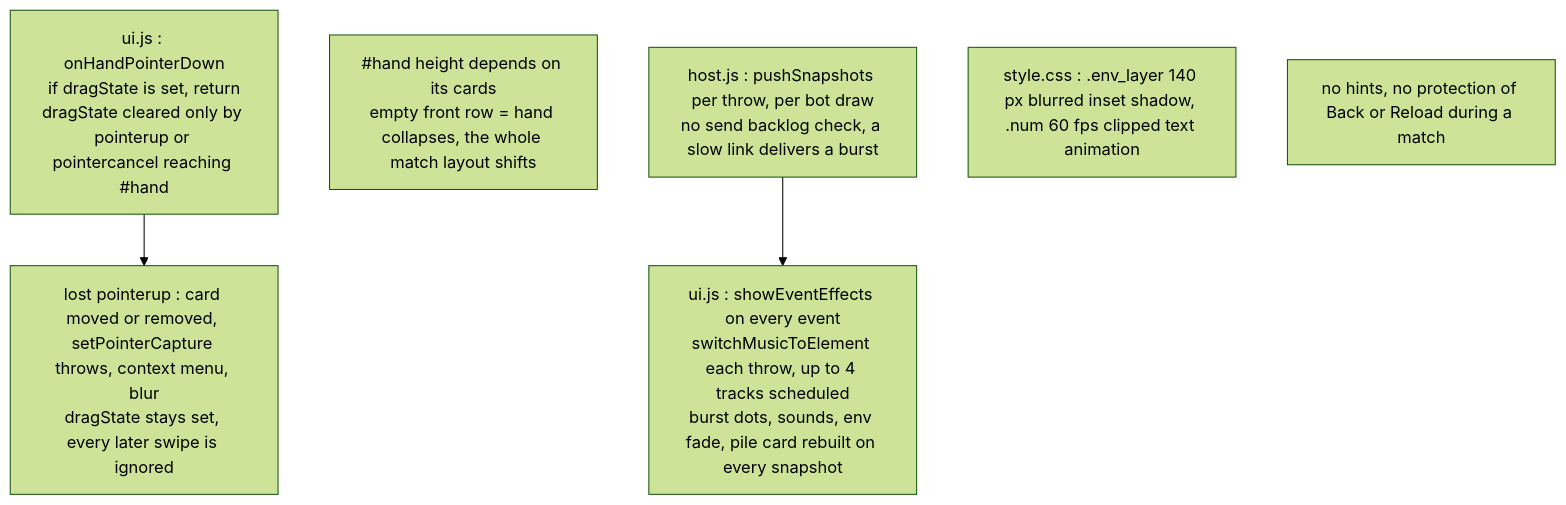
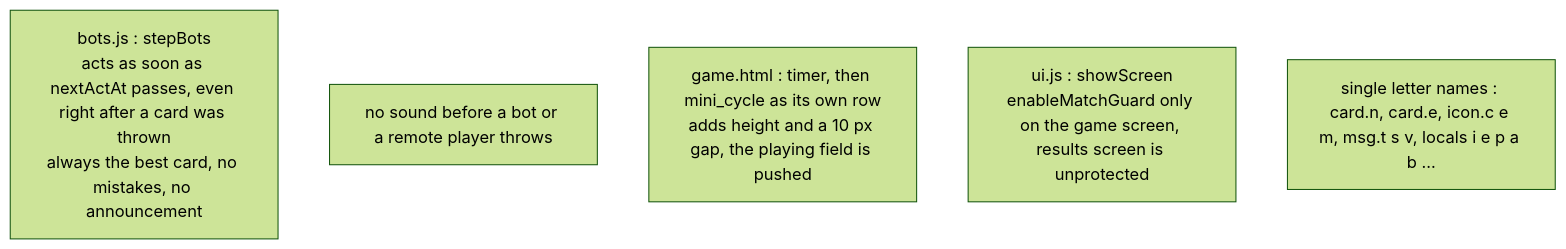
The first of 2 diagrams in FLOWCHART.md (Vince-Albacite/elemental-clash), drawn with Mermaid (forest theme) before and after one commit. The commit also changed other lines of this file and 19 other files, not shown here.

````diff
--- a/FLOWCHART.md
+++ b/FLOWCHART.md
@@ -7,8 +7,8 @@
 ```mermaid
 flowchart TD
-  G1["ui.js : onHandPointerDown<br/>if dragState is set, return<br/>dragState cleared only by pointerup or pointercancel reaching #hand"] --> G2["lost pointerup : card moved or removed, setPointerCapture throws, context menu, blur<br/>dragState stays set, every later swipe is ignored"]
-  L1["#hand height depends on its cards<br/>empty front row = hand collapses, the whole match layout shifts"]
-  P1["host.js : pushSnapshots per throw, per bot draw<br/>no send backlog check, a slow link delivers a burst"] --> P2["ui.js : showEventEffects on every event<br/>switchMusicToElement each throw, up to 4 tracks scheduled<br/>burst dots, sounds, env fade, pile card rebuilt on every snapshot"]
-  P3["style.css : .env_layer 140 px blurred inset shadow, .num 60 fps clipped text animation"]
-  X1["no hints, no protection of Back or Reload during a match"]
+  B1["bots.js : stepBots<br/>acts as soon as nextActAt passes, even right after a card was thrown<br/>always the best card, no mistakes, no announcement"]
+  T1["no sound before a bot or a remote player throws"]
+  M1["game.html : timer, then mini_cycle as its own row<br/>adds height and a 10 px gap, the playing field is pushed"]
+  G1["ui.js : showScreen<br/>enableMatchGuard only on the game screen, results screen is unprotected"]
+  N1["single letter names : card.n, card.e, icon.c e m, msg.t s v, locals i e p a b ..."]
 ```
````
